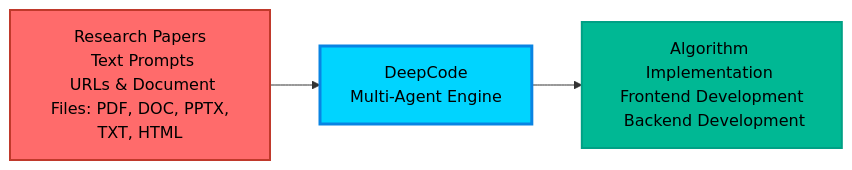
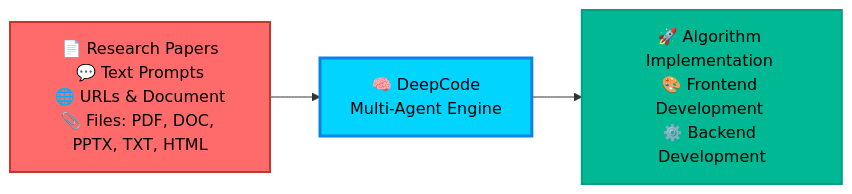
The diagram in README.md (HKUDS/DeepCode), drawn with Mermaid before and after one commit. The commit also changed other lines of this file, not shown here.

````diff
--- a/README.md
+++ b/README.md
@@ -402,9 +411,9 @@
 ```mermaid
 flowchart LR
-    A[" Research Papers<br/> Text Prompts<br/> URLs & Document<br/> Files: PDF, DOC, PPTX, TXT, HTML"] --> B[" DeepCode<br/>Multi-Agent Engine"]
-    B --> C[" Algorithm Implementation <br/> Frontend Development <br/> Backend Development"]
+    A["📄 Research Papers<br/>💬 Text Prompts<br/>🌐 URLs & Document<br/>📎 Files: PDF, DOC, PPTX, TXT, HTML"] --> B["🧠 DeepCode<br/>Multi-Agent Engine"]
+    B --> C["🚀 Algorithm Implementation <br/>🎨 Frontend Development <br/>⚙️ Backend Development"]
 
     style A fill:#ff6b6b,stroke:#c0392b,stroke-width:2px,color:#000
     style B fill:#00d4ff,stroke:#0984e3,stroke-width:3px,color:#000
     style C fill:#00b894,stroke:#00a085,stroke-width:2px,color:#000
 ```
````
